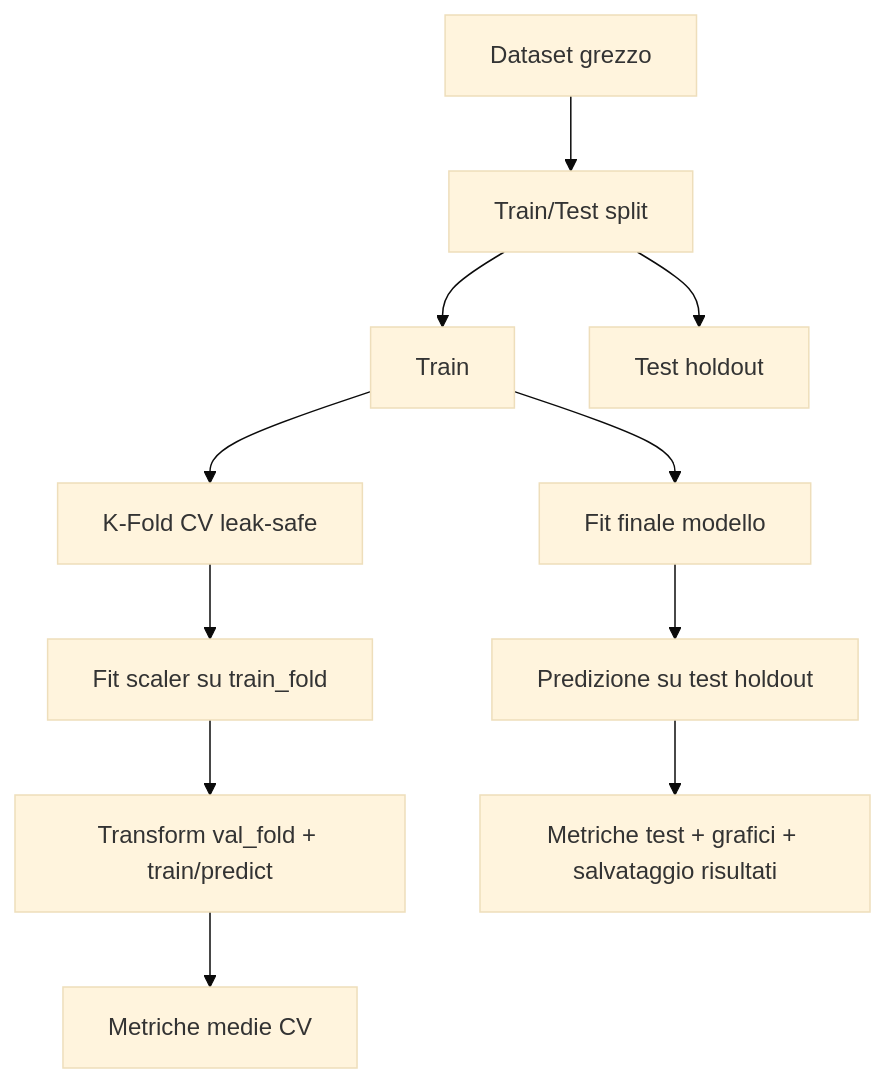
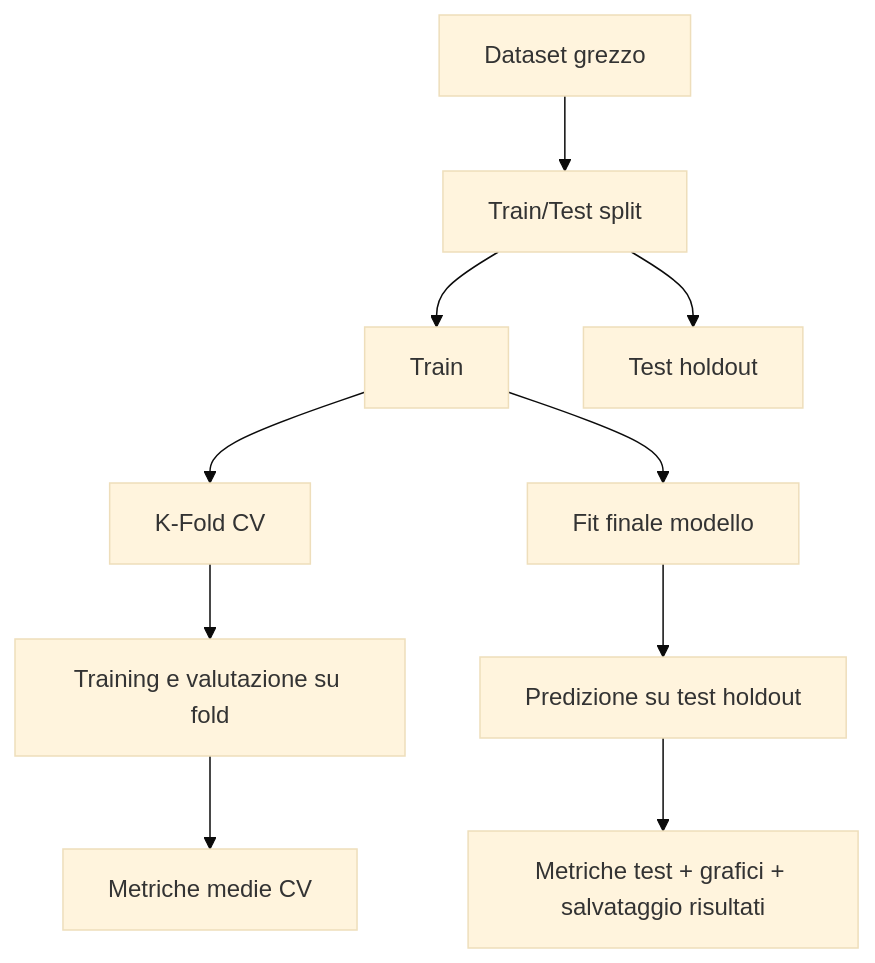
Before and after one commit to Simo93-rgb/KNN-Regression: the diagram in README.md, drawn with Mermaid (base theme). The commit also changed other lines of this file and 1 other file, not shown here.

````diff
--- a/README.md
+++ b/README.md
@@ -66,13 +66,12 @@
 ```mermaid
 flowchart TD
 	A[Dataset grezzo] --> B[Train/Test split]
 	B --> C[Train]
 	B --> D[Test holdout]
-	C --> E[K-Fold CV leak-safe]
-	E --> F[Fit scaler su train_fold]
-	F --> G[Transform val_fold + train/predict]
-	G --> H[Metriche medie CV]
+	C --> E[K-Fold CV]
+	E --> F[Training e valutazione su fold]
+	F --> G[Metriche medie CV]
 	C --> I[Fit finale modello]
 	I --> J[Predizione su test holdout]
 	J --> K[Metriche test + grafici + salvataggio risultati]
 ```
````
